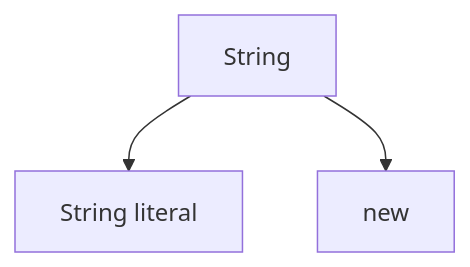
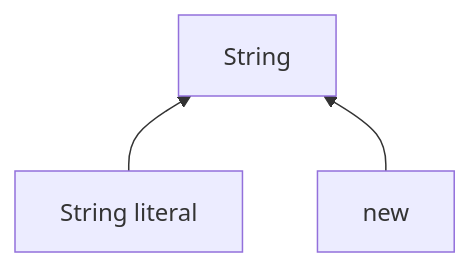
The diagram in STRING.md (Vinoth82003/java-notes), drawn with Mermaid before and after one commit. The commit also changed other lines of this file, not shown here.

````diff
--- a/STRING.md
+++ b/STRING.md
@@ -7,9 +7,9 @@
 ```mermaid
-graph TB
+graph BT
 
 a[String]
 b[String literal]
 c[ new]
-a-->b
-a-->c
+b-->a
+c-->a
 ```
````
